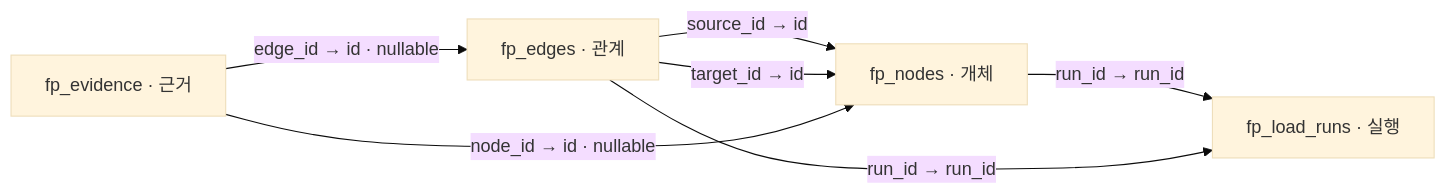
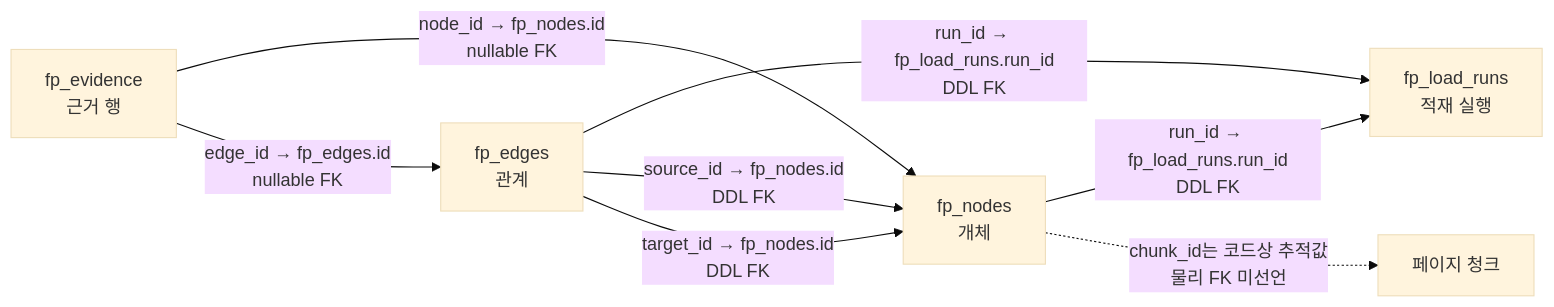
The second of 4 diagrams in src/card_benefit/payment_card/file_pipeline/chat/카드혜택-Supabase-구조-보완-초안.md (encore-ai-campus/mle-02-p2-team3), drawn with Mermaid (base theme) before and after one commit. The commit also changed other lines of this file and 2 other files, not shown here.

````diff
--- a/src/card_benefit/payment_card/file_pipeline/chat/카드혜택-Supabase-구조-보완-초안.md
+++ b/src/card_benefit/payment_card/file_pipeline/chat/카드혜택-Supabase-구조-보완-초안.md
@@ -25,9 +60,10 @@
 ```mermaid
 flowchart LR
- N["fp_nodes · 개체"] -->|"run_id → run_id"| R["fp_load_runs · 실행"]
- E["fp_edges · 관계"] -->|"run_id → run_id"| R
- E -->|"source_id → id"| N
- E -->|"target_id → id"| N
- V["fp_evidence · 근거"] -->|"node_id → id · nullable"| N
- V -->|"edge_id → id · nullable"| E
+    N[fp_nodes<br/>개체] -->|run_id → fp_load_runs.run_id<br/>DDL FK| R[fp_load_runs<br/>적재 실행]
+    E[fp_edges<br/>관계] -->|run_id → fp_load_runs.run_id<br/>DDL FK| R
+    E -->|source_id → fp_nodes.id<br/>DDL FK| N
+    E -->|target_id → fp_nodes.id<br/>DDL FK| N
+    V[fp_evidence<br/>근거 행] -->|node_id → fp_nodes.id<br/>nullable FK| N
+    V -->|edge_id → fp_edges.id<br/>nullable FK| E
+    N -.->|chunk_id는 코드상 추적값<br/>물리 FK 미선언| C[페이지 청크]
 ```
````
